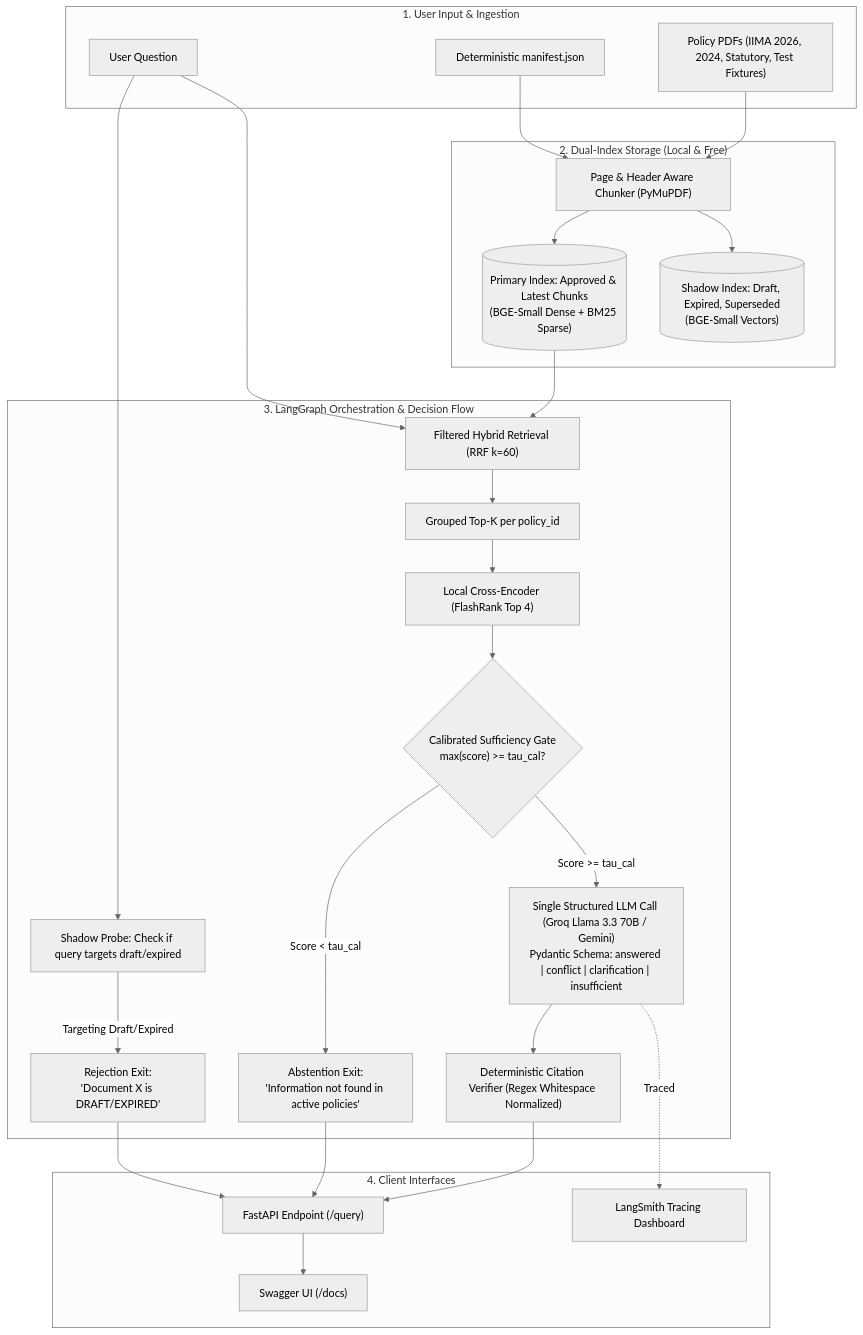
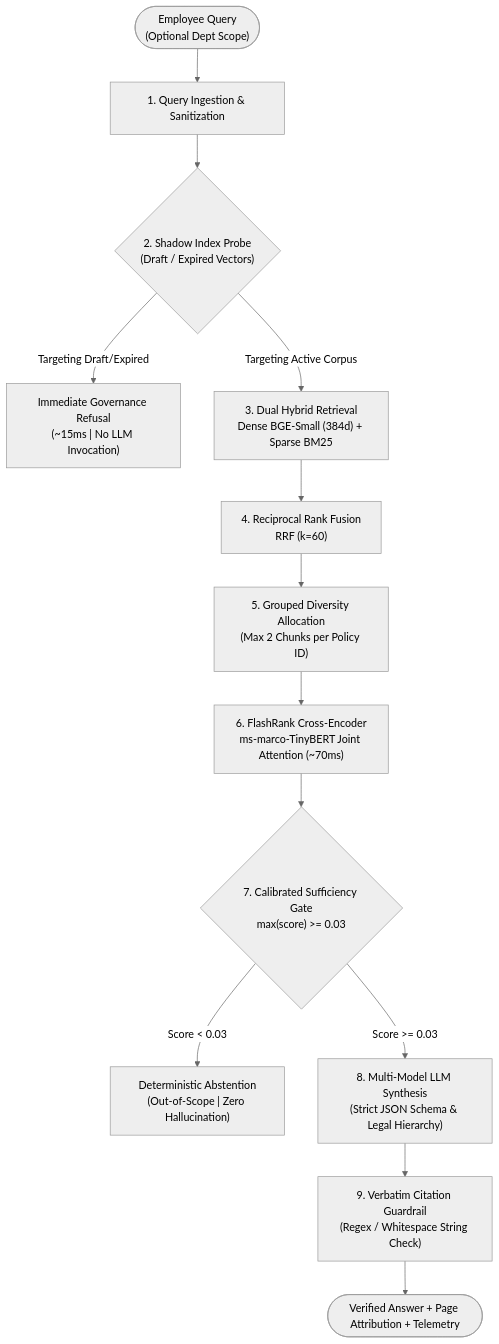
One commit to Jaydeep0832/Policy-AI changed the first of 2 diagrams in README.md. Above: the diagram before and after it, drawn with Mermaid (neutral theme). The commit also changed other lines of this file and 10 other files, not shown here.

Commit message:
docs: create comprehensive enterprise README with RAG architecture, failover strategy, and UI interaction showcases

````diff
--- a/README.md
+++ b/README.md
@@ -58,50 +76,19 @@
 ```mermaid
 flowchart TD
-    subgraph Input["1. User Input & Ingestion"]
-        Q["User Question"]
-        M["Deterministic manifest.json"]
-        PDFs["Policy PDFs (IIMA 2026, 2024, Statutory, Test Fixtures)"]
-    end
-
-    subgraph Dual_Index["2. Dual-Index Storage (Local & Free)"]
-        Parser["Page & Header Aware Chunker (PyMuPDF)"]
-        PrimaryDB[("Primary Index: Approved & Latest Chunks\n(BGE-Small Dense + BM25 Sparse)")]
-        ShadowDB[("Shadow Index: Draft, Expired, Superseded\n(BGE-Small Vectors)")]
-    end
-
-    subgraph Engine["3. LangGraph Orchestration & Decision Flow"]
-        Probe["Shadow Probe: Check if query targets draft/expired"]
-        Hybrid["Filtered Hybrid Retrieval (RRF k=60)"]
-        Grouped["Grouped Top-K per policy_id"]
-        Rerank["Local Cross-Encoder (FlashRank Top 4)"]
-        Gate{"Calibrated Sufficiency Gate\nmax(score) >= tau_cal?"}
-        Abstain["Abstention Exit:\n'Information not found in active policies'"]
-        ShadowReject["Rejection Exit:\n'Document X is DRAFT/EXPIRED'"]
-        LLM["Single Structured LLM Call (Groq Llama 3.3 70B / Gemini)\nPydantic Schema: answered | conflict | clarification | insufficient"]
-        Verify["Deterministic Citation Verifier (Regex Whitespace Normalized)"]
-    end
-
-    subgraph Output["4. Client Interfaces"]
-        API["FastAPI Endpoint (/query)"]
-        UI["Swagger UI (/docs)"]
-        Traces["LangSmith Tracing Dashboard"]
-    end
-
-    PDFs --> Parser
-    M --> Parser
-    Parser --> PrimaryDB
-    Parser --> ShadowDB
-
-    Q --> Probe
-    Q --> Hybrid
-    Probe -- "Targeting Draft/Expired" --> ShadowReject
-    PrimaryDB --> Hybrid
-    Hybrid --> Grouped --> Rerank --> Gate
-    Gate -- "Score < tau_cal" --> Abstain
-    Gate -- "Score >= tau_cal" --> LLM
-    LLM --> Verify --> API
-    ShadowReject --> API
-    Abstain --> API
-    API --> UI
-    LLM -. Traced .-> Traces
+    UserQuery(["Employee Query\n(Optional Dept Scope)"]) --> Stage1["1. Query Ingestion & Sanitization"]
+    Stage1 --> Stage2{"2. Shadow Index Probe\n(Draft / Expired Vectors)"}
+    
+    Stage2 -- "Targeting Draft/Expired" --> Refusal["Immediate Governance Refusal\n(~15ms | No LLM Invocation)"]
+    Stage2 -- "Targeting Active Corpus" --> Stage3["3. Dual Hybrid Retrieval\nDense BGE-Small (384d) + Sparse BM25"]
+    
+    Stage3 --> Stage4["4. Reciprocal Rank Fusion\nRRF (k=60)"]
+    Stage4 --> Stage5["5. Grouped Diversity Allocation\n(Max 2 Chunks per Policy ID)"]
+    Stage5 --> Stage6["6. FlashRank Cross-Encoder\nms-marco-TinyBERT Joint Attention (~70ms)"]
+    
+    Stage6 --> Stage7{"7. Calibrated Sufficiency Gate\nmax(score) >= 0.03"}
+    Stage7 -- "Score < 0.03" --> Abstain["Deterministic Abstention\n(Out-of-Scope | Zero Hallucination)"]
+    
+    Stage7 -- "Score >= 0.03" --> Stage8["8. Multi-Model LLM Synthesis\n(Strict JSON Schema & Legal Hierarchy)"]
+    Stage8 --> Stage9["9. Verbatim Citation Guardrail\n(Regex / Whitespace String Check)"]
+    Stage9 --> FinalResp(["Verified Answer + Page Attribution + Telemetry"])
 ```
````
